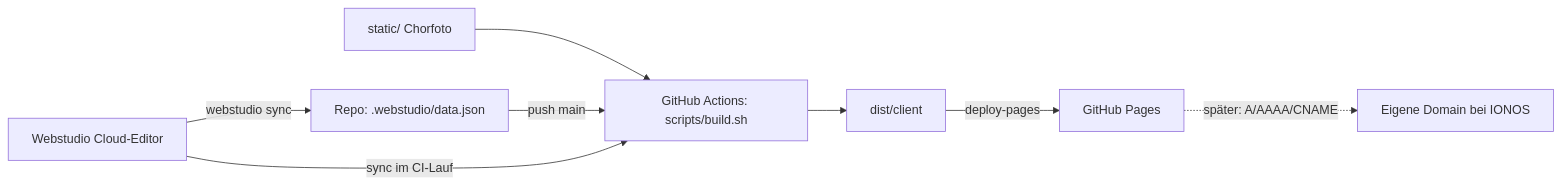
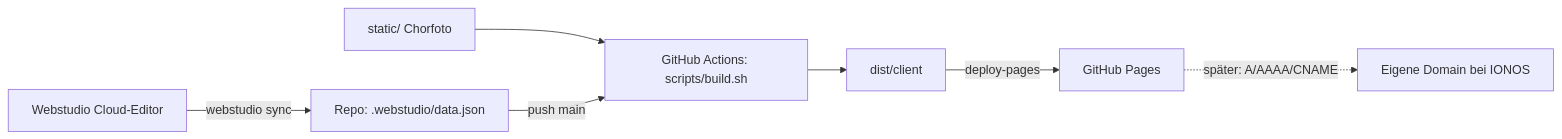
One commit to SkaldorHub/elua-website changed the diagram in README.md. Above: the diagram before and after it, drawn with Mermaid. The commit also changed other lines of this file and 5 other files, not shown here.

````diff
--- a/README.md
+++ b/README.md
@@ -9,10 +9,9 @@
 ```mermaid
 flowchart LR
     A[Webstudio Cloud-Editor] -->|webstudio sync| B[Repo: .webstudio/data.json]
     S[static/ Chorfoto] --> C
     B -->|push main| C[GitHub Actions: scripts/build.sh]
-    A -->|sync im CI-Lauf| C
     C --> D[dist/client]
     D -->|deploy-pages| E[GitHub Pages]
     E -.->|später: A/AAAA/CNAME| F[Eigene Domain bei IONOS]
 ```
````
